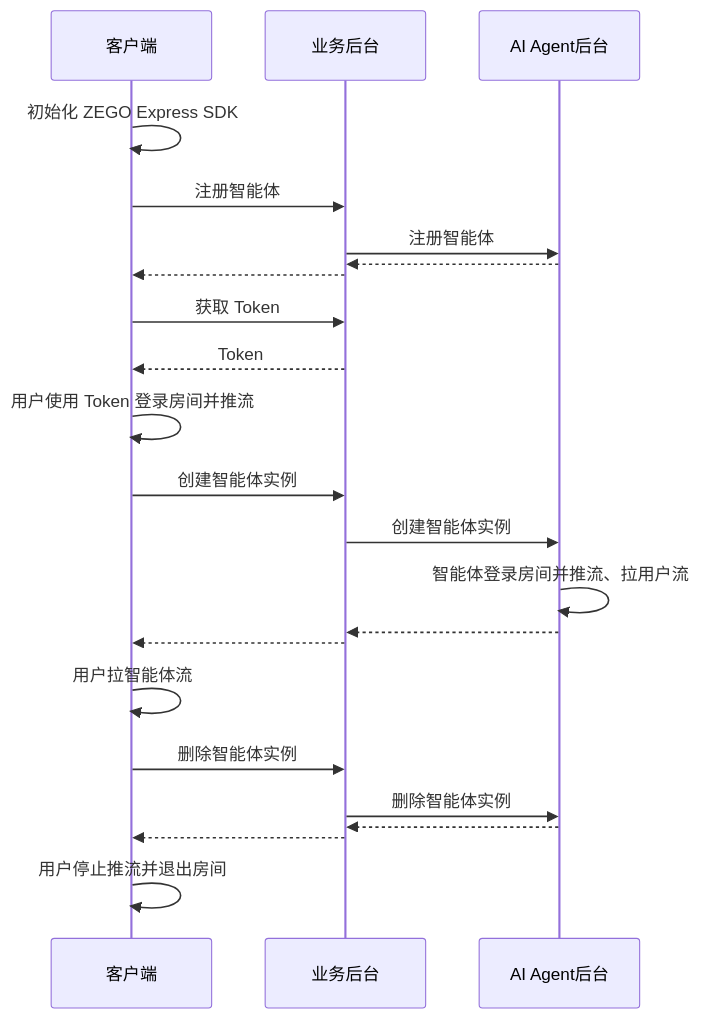
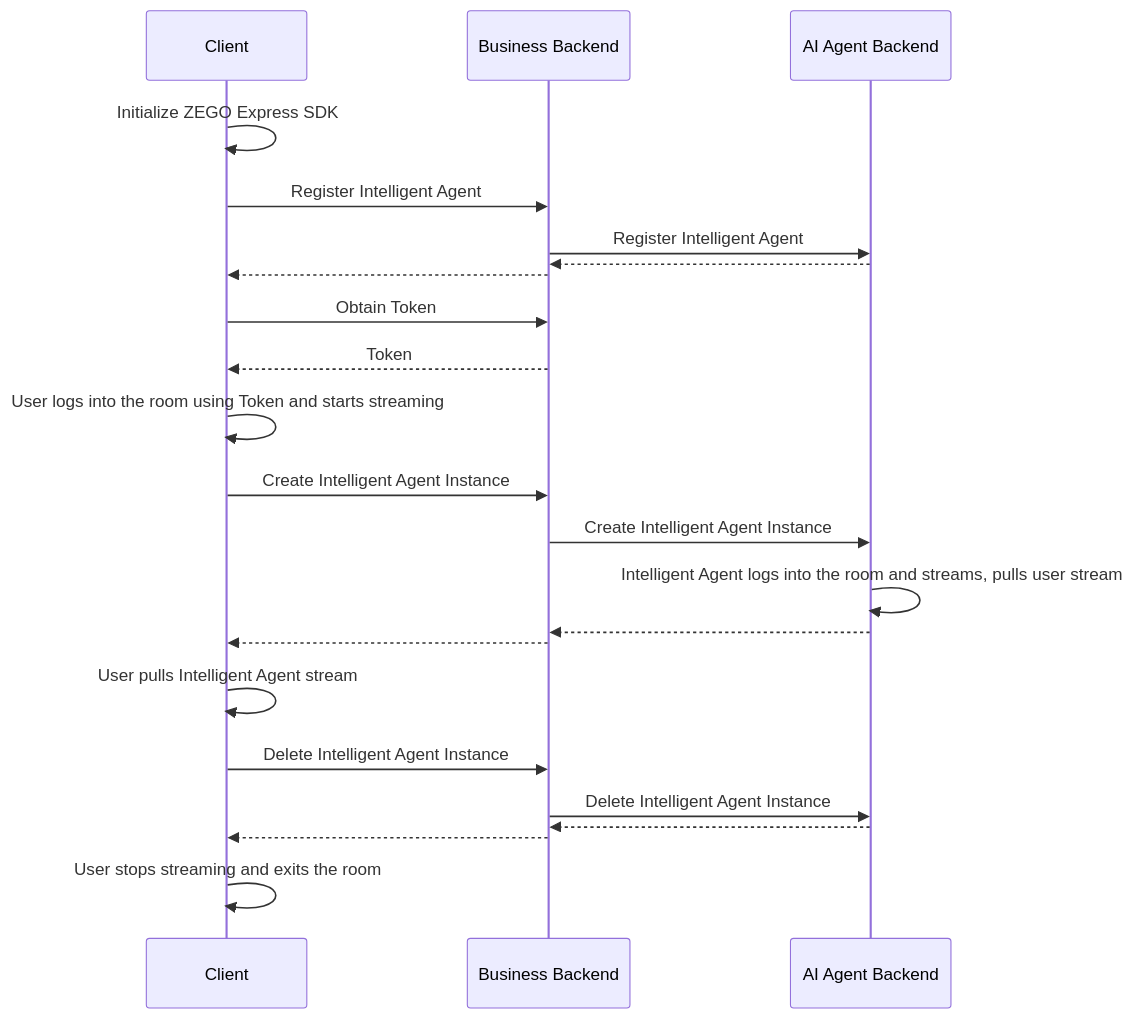
One commit to ZEGOCLOUD/docs_all changed the diagram in core_products/aiagent/en/docs_aiagent_android/Quick start.mdx. Above: the diagram before and after it, drawn with Mermaid. The commit also changed other lines of this file and 3 other files, not shown here.

````diff
--- a/core_products/aiagent/en/docs_aiagent_android/Quick start.mdx
+++ b/core_products/aiagent/en/docs_aiagent_android/Quick start.mdx
@@ -34,34 +55,34 @@
 ```mermaid
 sequenceDiagram
-    participant 客户端
-    participant 业务后台
-    participant AI Agent后台
+    participant Client
+    participant Business Backend
+    participant AI Agent Backend
     
-    客户端->>客户端: 初始化 ZEGO Express SDK
+    Client->>Client: Initialize ZEGO Express SDK
     
-    客户端->>业务后台: 注册智能体
-    业务后台->>AI Agent后台: 注册智能体
-    AI Agent后台-->>业务后台: 
-    业务后台-->>客户端: 
+    Client->>Business Backend: Register Intelligent Agent
+    Business Backend->>AI Agent Backend: Register Intelligent Agent
+    AI Agent Backend-->>Business Backend: 
+    Business Backend-->>Client: 
     
-    客户端->>业务后台: 获取 Token
-    业务后台-->>客户端: Token
+    Client->>Business Backend: Obtain Token
+    Business Backend-->>Client: Token
     
-    客户端->>客户端: 用户使用 Token 登录房间并推流
+    Client->>Client: User logs into the room using Token and starts streaming
     
-    客户端->>业务后台: 创建智能体实例
-    业务后台->>AI Agent后台: 创建智能体实例
-    AI Agent后台->>AI Agent后台: 智能体登录房间并推流、拉用户流
-    AI Agent后台-->>业务后台: 
-    业务后台-->>客户端: 
+    Client->>Business Backend: Create Intelligent Agent Instance
+    Business Backend->>AI Agent Backend: Create Intelligent Agent Instance
+    AI Agent Backend->>AI Agent Backend: Intelligent Agent logs into the room and streams, pulls user stream
+    AI Agent Backend-->>Business Backend: 
+    Business Backend-->>Client: 
     
     
-    客户端->>客户端: 用户拉智能体流
+    Client->>Client: User pulls Intelligent Agent stream
     
-    客户端->>业务后台: 删除智能体实例
-    业务后台->>AI Agent后台: 删除智能体实例
-    AI Agent后台-->>业务后台: 
-    业务后台-->>客户端: 
+    Client->>Business Backend: Delete Intelligent Agent Instance
+    Business Backend->>AI Agent Backend: Delete Intelligent Agent Instance
+    AI Agent Backend-->>Business Backend: 
+    Business Backend-->>Client: 
     
-    客户端->>客户端: 用户停止推流并退出房间
+    Client->>Client: User stops streaming and exits the room
 ```
````
